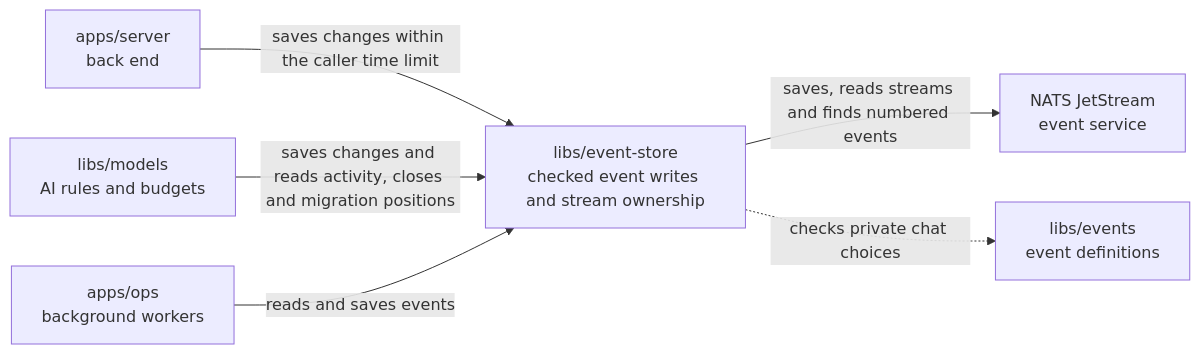
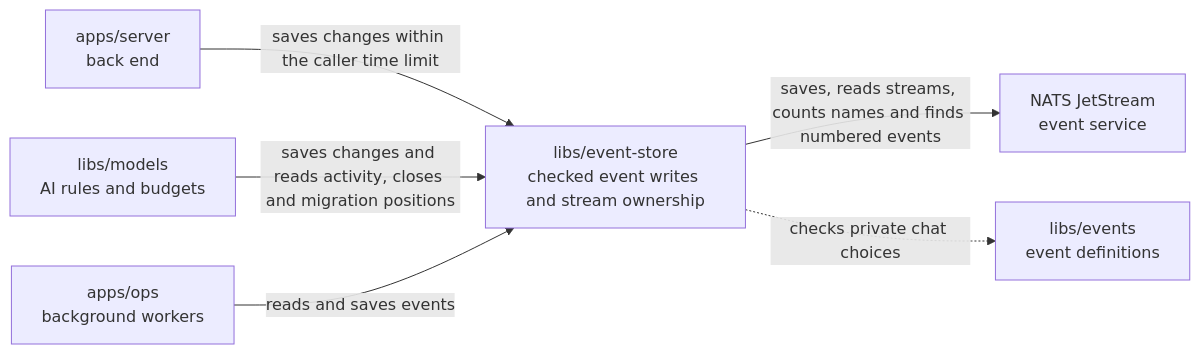
The diagram in libs/event-store/README.md (elewa-git/opencrane-new), drawn with Mermaid before and after one commit. The commit also changed other lines of this file and 15 other files, not shown here.

````diff
--- a/libs/event-store/README.md
+++ b/libs/event-store/README.md
@@ -22,8 +22,8 @@
 ```mermaid
 flowchart LR
   server["apps/server<br/>back end"] -->|saves changes within the caller time limit| store["libs/event-store<br/>checked event writes and stream ownership"]
   models["libs/models<br/>AI rules and budgets"] -->|saves changes and reads activity, closes and migration positions| store
   ops["apps/ops<br/>background workers"] -->|reads and saves events| store
-  store -->|saves, reads streams and finds numbered events| nats["NATS JetStream<br/>event service"]
+  store -->|saves, reads streams, counts names and finds numbered events| nats["NATS JetStream<br/>event service"]
   store -.->|checks private chat choices| events["libs/events<br/>event definitions"]
 ```
````
